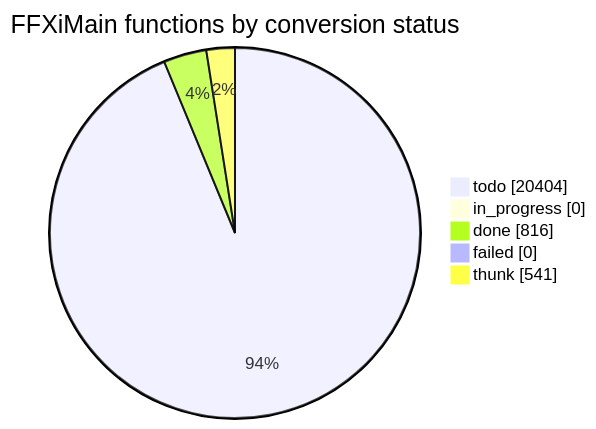
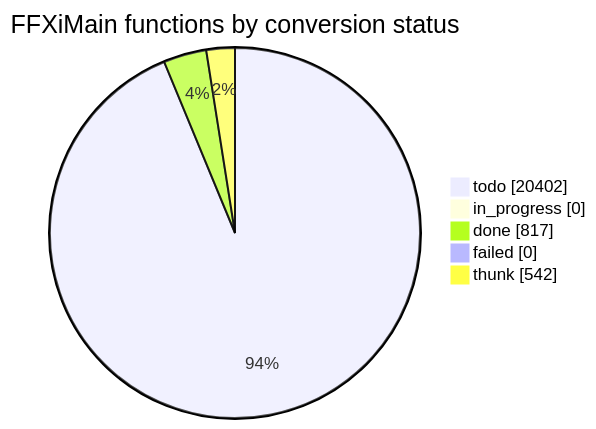
Before and after one commit to cowrevenge/cow_kuluu_xi_anything: the diagram in docs/cow/STATUS.md, drawn with Mermaid. The commit also changed other lines of this file and 9 other files, not shown here.

````diff
--- a/docs/cow/STATUS.md
+++ b/docs/cow/STATUS.md
@@ -18,9 +18,9 @@
 ```mermaid
 pie showData
     title FFXiMain functions by conversion status
-    "todo" : 20404
+    "todo" : 20402
     "in_progress" : 0
-    "done" : 816
+    "done" : 817
     "failed" : 0
-    "thunk" : 541
+    "thunk" : 542
 ```
````
